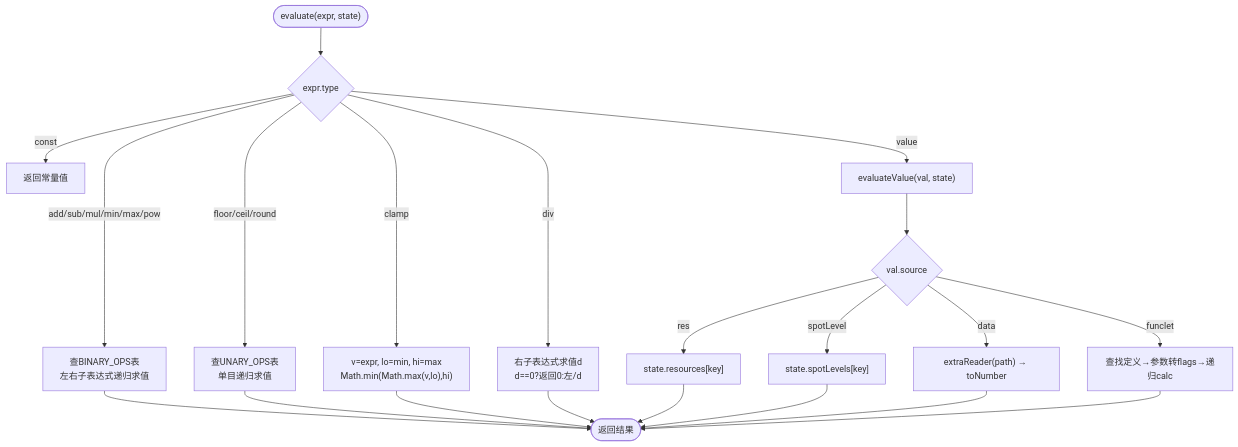
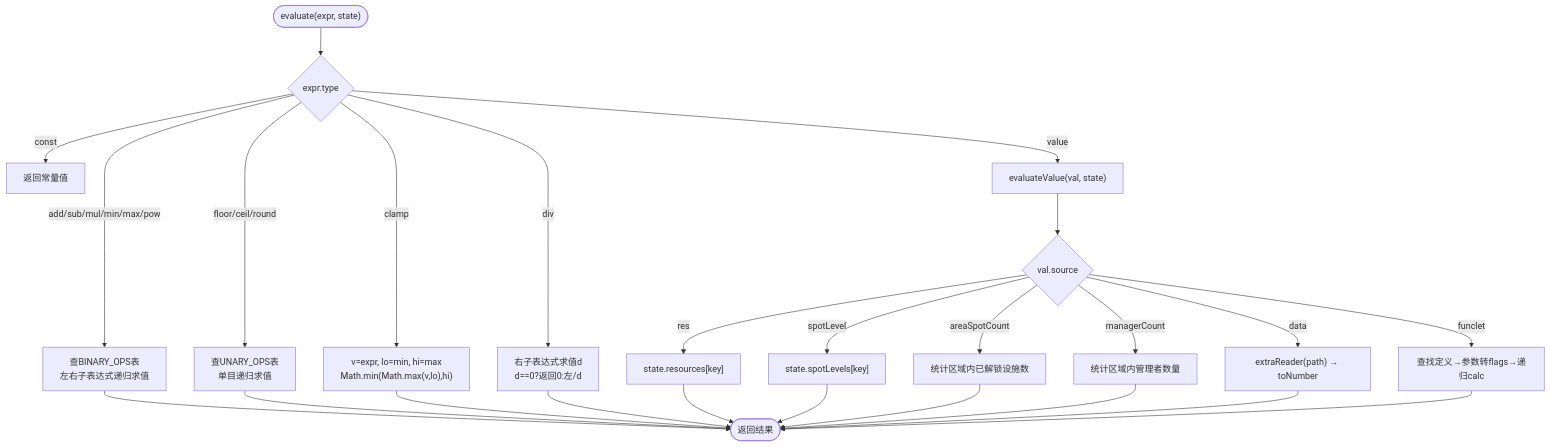
The third of 8 diagrams in .qoder/repowiki/zh/content/表达式系统/表达式系统.md (EsiLA9/Arona-Clicker), drawn with Mermaid before and after one commit. The commit also changed other lines of this file and 45 other files, not shown here.

````diff
--- a/.qoder/repowiki/zh/content/表达式系统/表达式系统.md
+++ b/.qoder/repowiki/zh/content/表达式系统/表达式系统.md
@@ -133,23 +144,27 @@
 ```mermaid
 flowchart TD
 Start(["evaluate(expr, state)"]) --> Type{"expr.type"}
 Type --> |const| RetConst["返回常量值"]
 Type --> |value| EvalVal["evaluateValue(val, state)"]
 Type --> |add/sub/mul/min/max/pow| BinOp["查BINARY_OPS表<br/>左右子表达式递归求值"]
 Type --> |div| Div["右子表达式求值d<br/>d==0?返回0:左/d"]
 Type --> |floor/ceil/round| UniOp["查UNARY_OPS表<br/>单目递归求值"]
 Type --> |clamp| Clamp["v=expr, lo=min, hi=max<br/>Math.min(Math.max(v,lo),hi)"]
 EvalVal --> Src{"val.source"}
 Src --> |res| ReadRes["state.resources[key]"]
 Src --> |spotLevel| ReadLevel["state.spotLevels[key]"]
+Src --> |areaSpotCount| CountArea["统计区域内已解锁设施数"]
+Src --> |managerCount| CountManager["统计区域内管理者数量"]
 Src --> |data| ReadExtra["extraReader(path) → toNumber"]
 Src --> |funclet| CallFunclet["查找定义→参数转flags→递归calc"]
 BinOp --> End(["返回结果"])
 UniOp --> End
 Clamp --> End
 Div --> End
 ReadRes --> End
 ReadLevel --> End
+CountArea --> End
+CountManager --> End
 ReadExtra --> End
 CallFunclet --> End
 ```
````
